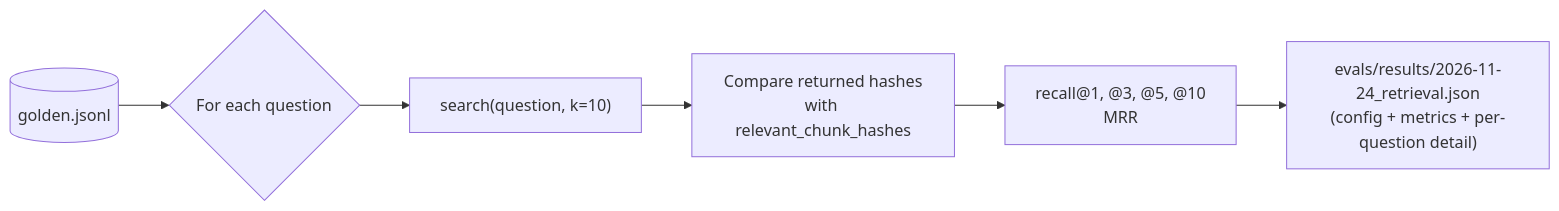
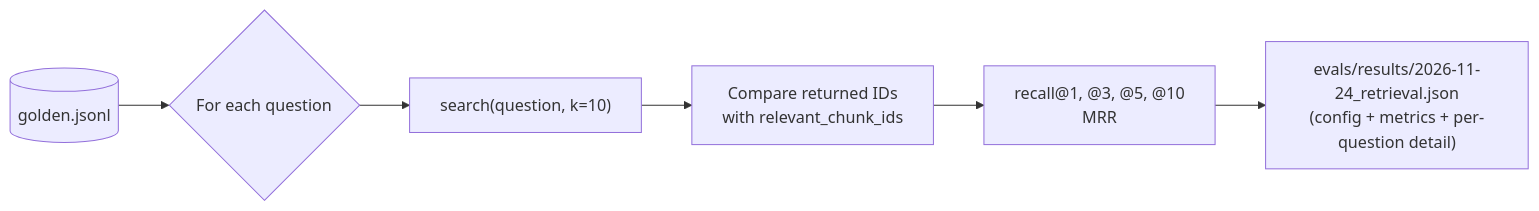
One commit to AshutoshRaichurkar/research-rag changed the diagram in course/week-1/day-06-retrieval-evals/README.md. Above: the diagram before and after it, drawn with Mermaid. The commit also changed 14 other files, not shown here.

````diff
--- a/course/week-1/day-06-retrieval-evals/README.md
+++ b/course/week-1/day-06-retrieval-evals/README.md
@@ -55,8 +55,8 @@
 ```mermaid
 flowchart LR
     G[(golden.jsonl)] --> L{For each question}
     L --> S["search(question, k=10)"]
-    S --> C["Compare returned hashes<br/>with relevant_chunk_hashes"]
+    S --> C["Compare returned IDs<br/>with relevant_chunk_ids"]
     C --> M["recall@1, @3, @5, @10<br/>MRR"]
     M --> F["evals/results/2026-11-24_retrieval.json<br/>(config + metrics + per-question detail)"]
 ```
````
